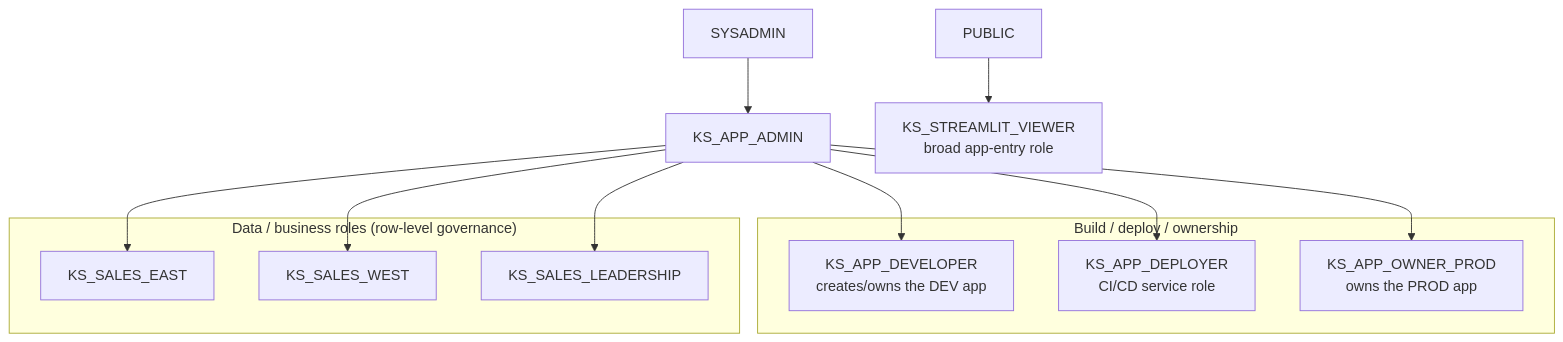
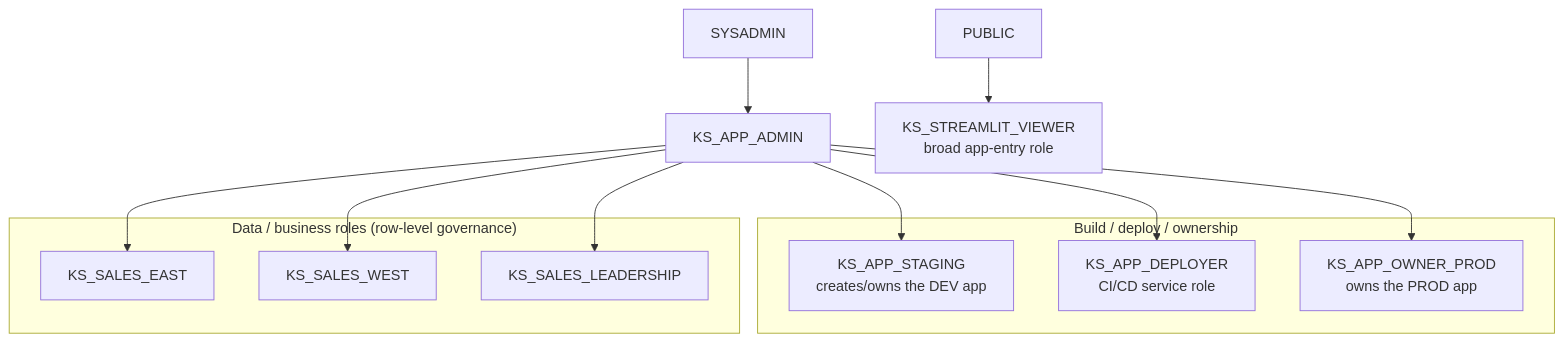
One commit to sfc-gh-rdominguez/streamlit-kitchen-sink changed the diagram in docs/01-rbac.md. Above: the diagram before and after it, drawn with Mermaid. The commit also changed other lines of this file and 12 other files, not shown here.

First line of the commit message:
refactor: rename dev environment to staging

````diff
--- a/docs/01-rbac.md
+++ b/docs/01-rbac.md
@@ -15,25 +15,25 @@
 ```mermaid
 graph TD
     SYSADMIN --> KS_APP_ADMIN
 
     subgraph build["Build / deploy / ownership"]
-        KS_APP_DEVELOPER["KS_APP_DEVELOPER<br/>creates/owns the DEV app"]
+        KS_APP_STAGING["KS_APP_STAGING<br/>creates/owns the DEV app"]
         KS_APP_DEPLOYER["KS_APP_DEPLOYER<br/>CI/CD service role"]
         KS_APP_OWNER_PROD["KS_APP_OWNER_PROD<br/>owns the PROD app"]
     end
 
     subgraph data["Data / business roles (row-level governance)"]
         KS_SALES_EAST["KS_SALES_EAST"]
         KS_SALES_WEST["KS_SALES_WEST"]
         KS_SALES_LEADERSHIP["KS_SALES_LEADERSHIP"]
     end
 
-    KS_APP_ADMIN --> KS_APP_DEVELOPER
+    KS_APP_ADMIN --> KS_APP_STAGING
     KS_APP_ADMIN --> KS_APP_DEPLOYER
     KS_APP_ADMIN --> KS_APP_OWNER_PROD
     KS_APP_ADMIN --> KS_SALES_EAST
     KS_APP_ADMIN --> KS_SALES_WEST
     KS_APP_ADMIN --> KS_SALES_LEADERSHIP
 
     PUBLIC --> KS_STREAMLIT_VIEWER["KS_STREAMLIT_VIEWER<br/>broad app-entry role"]
 ```
````
